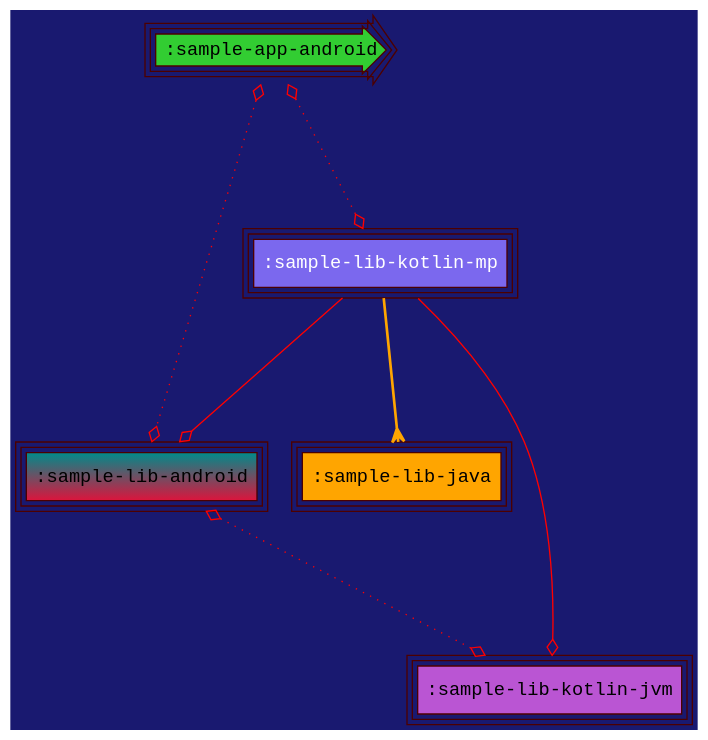
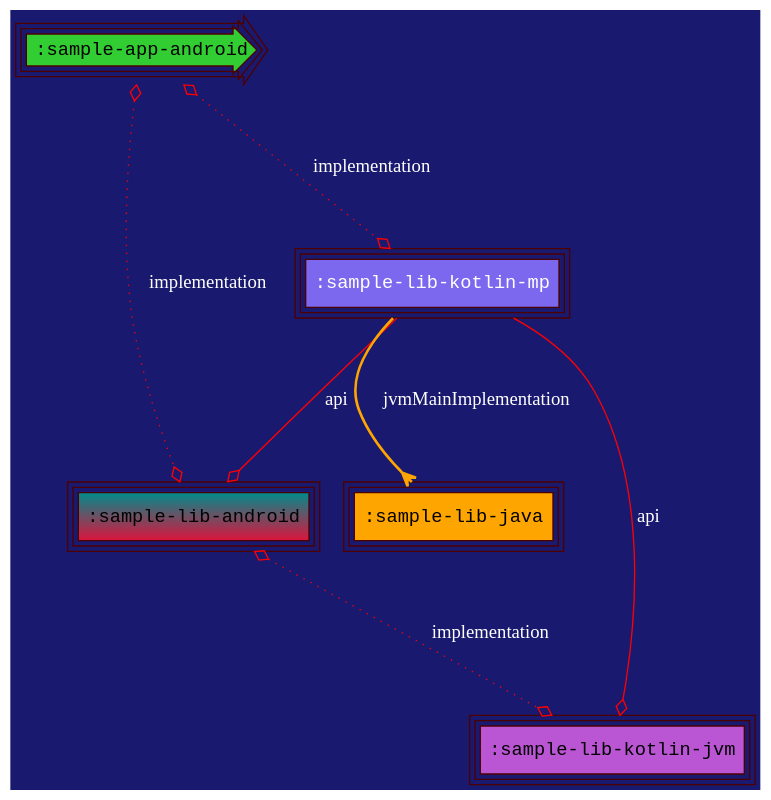
Before and after one commit to jonapoul/atlas: the diagram in samples/sample-graphviz/sample-app-android/modular/chart.dot, drawn with Graphviz. The commit also changed 35 other files, not shown here.

```diff
--- a/samples/sample-graphviz/sample-app-android/modular/chart.dot
+++ b/samples/sample-graphviz/sample-app-android/modular/chart.dot
@@ -1,16 +1,16 @@
 digraph {
-  edge [arrowhead="ediamond",arrowtail="none",color="red",labelfloat="true",fontcolor="lime"]
+  edge [arrowhead="ediamond",arrowtail="none",fontcolor="white",labelfloat="false",color="red"]
   graph [layout="dot",bgcolor="MidnightBlue",fontsize="30",rankdir="TB",ranksep="1.5"]
   node [fontname="Courier New",peripheries="3",style="filled",shape="box",color="#4C0000"]
   ":sample-app-android" [shape="rarrow",style="radial",fillcolor="limegreen"]
   ":sample-lib-android" [gradientangle="90",fillcolor="crimson:cyan4"]
   ":sample-lib-java" [fillcolor="orange"]
   ":sample-lib-kotlin-jvm" [fillcolor="mediumorchid"]
   ":sample-lib-kotlin-mp" [fontcolor="white",fillcolor="mediumslateblue"]
-  ":sample-app-android" -> ":sample-lib-android" [style="dotted",dir="both",arrowtail="ediamond"]
-  ":sample-app-android" -> ":sample-lib-kotlin-mp" [style="dotted",dir="both",arrowtail="ediamond"]
-  ":sample-lib-android" -> ":sample-lib-kotlin-jvm" [style="dotted",dir="both",arrowtail="ediamond"]
-  ":sample-lib-kotlin-mp" -> ":sample-lib-android" [style="solid",weight="5"]
-  ":sample-lib-kotlin-mp" -> ":sample-lib-java" [style="bold",color="orange",arrowhead="crow"]
-  ":sample-lib-kotlin-mp" -> ":sample-lib-kotlin-jvm" [style="solid",weight="5"]
+  ":sample-app-android" -> ":sample-lib-android" [style="dotted",label="implementation",dir="both",arrowtail="ediamond"]
+  ":sample-app-android" -> ":sample-lib-kotlin-mp" [style="dotted",label="implementation",dir="both",arrowtail="ediamond"]
+  ":sample-lib-android" -> ":sample-lib-kotlin-jvm" [style="dotted",label="implementation",dir="both",arrowtail="ediamond"]
+  ":sample-lib-kotlin-mp" -> ":sample-lib-android" [style="solid",label="api",weight="5"]
+  ":sample-lib-kotlin-mp" -> ":sample-lib-java" [style="bold",color="orange",label="jvmMainImplementation",arrowhead="crow"]
+  ":sample-lib-kotlin-mp" -> ":sample-lib-kotlin-jvm" [style="solid",label="api",weight="5"]
 }
```
